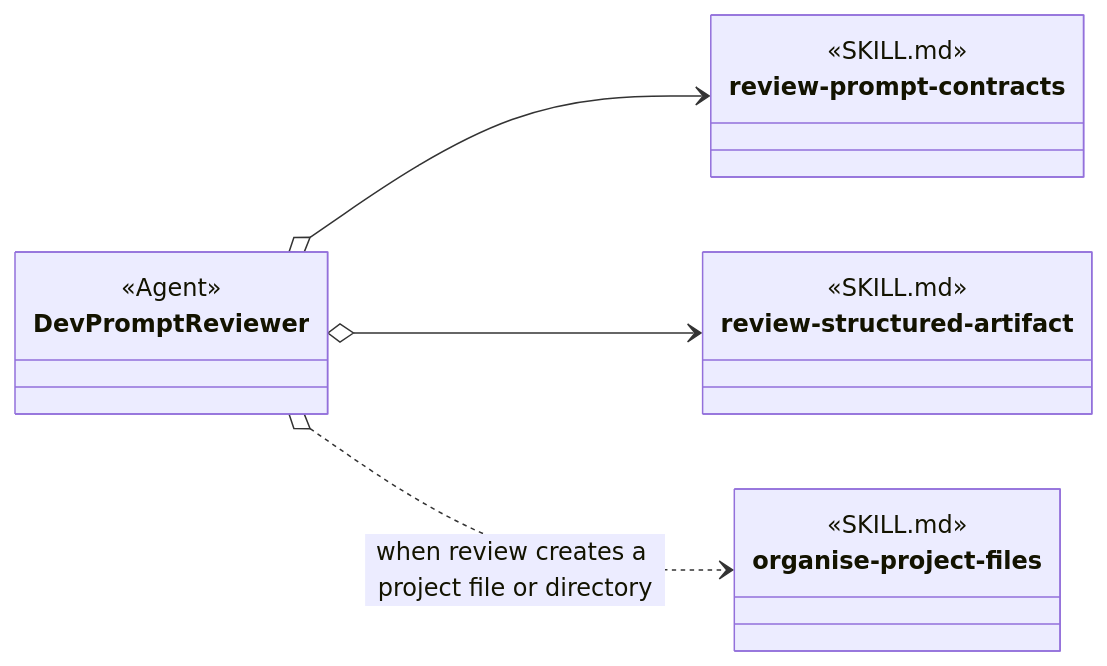
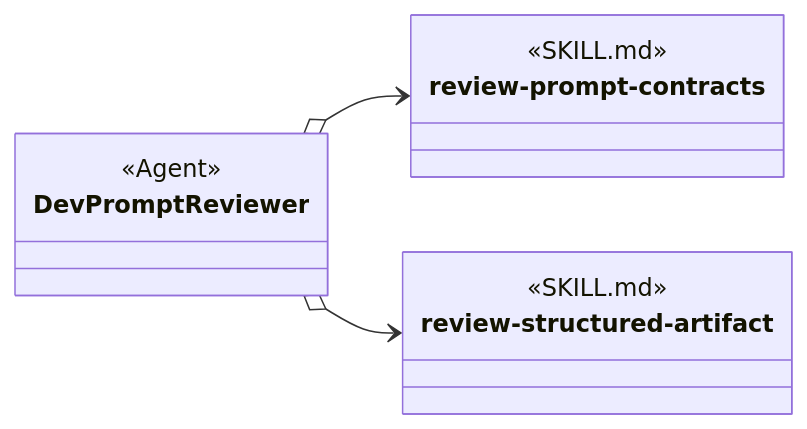
The fifth of 6 diagrams in design/agents/review-and-verification.md (martinbechard/dev-methodology), drawn with Mermaid before and after one commit. The commit also changed other lines of this file and 140 other files, not shown here.

````diff
--- a/design/agents/review-and-verification.md
+++ b/design/agents/review-and-verification.md
@@ -231,24 +216,19 @@
 ```mermaid
 classDiagram
     direction LR
 
     class DevPromptReviewer {
         <<Agent>>
     }
     class review-prompt-contracts {
         <<SKILL.md>>
         <<Agent Skill>>
     }
     class review-structured-artifact {
         <<SKILL.md>>
         <<Cross-group>>
     }
-    class organise-project-files {
-        <<SKILL.md>>
-        <<Cross-group>>
-    }
 
     DevPromptReviewer o--> review-prompt-contracts
     DevPromptReviewer o--> review-structured-artifact
-    DevPromptReviewer o..> organise-project-files : when review creates a project file or directory
 ```
````
